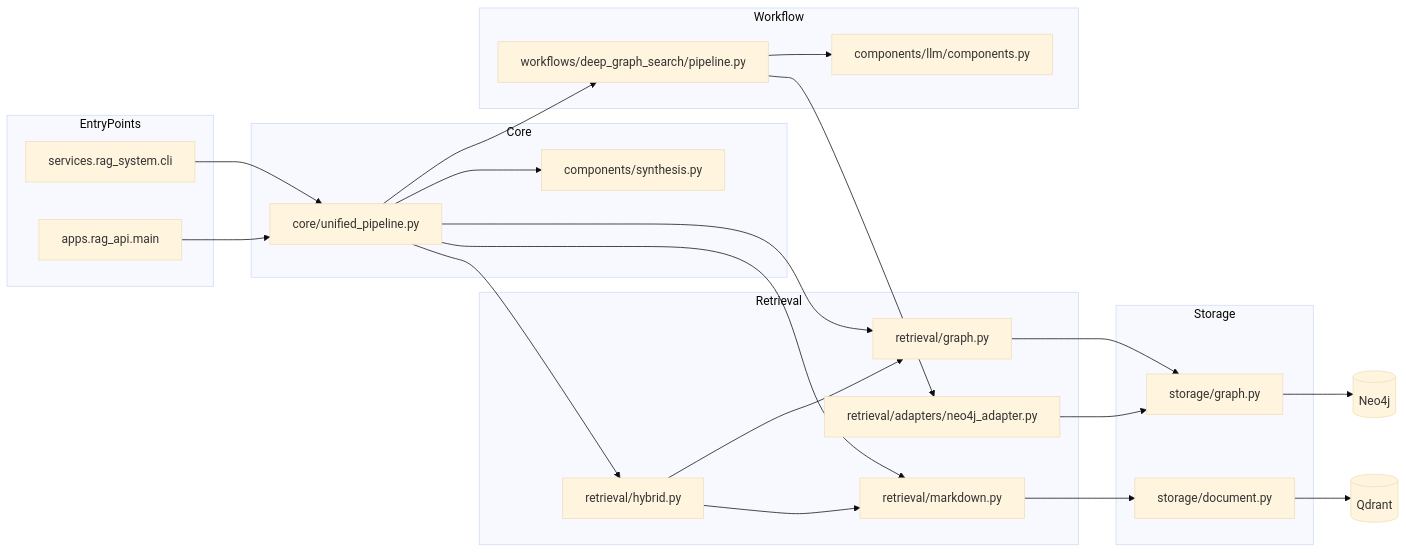
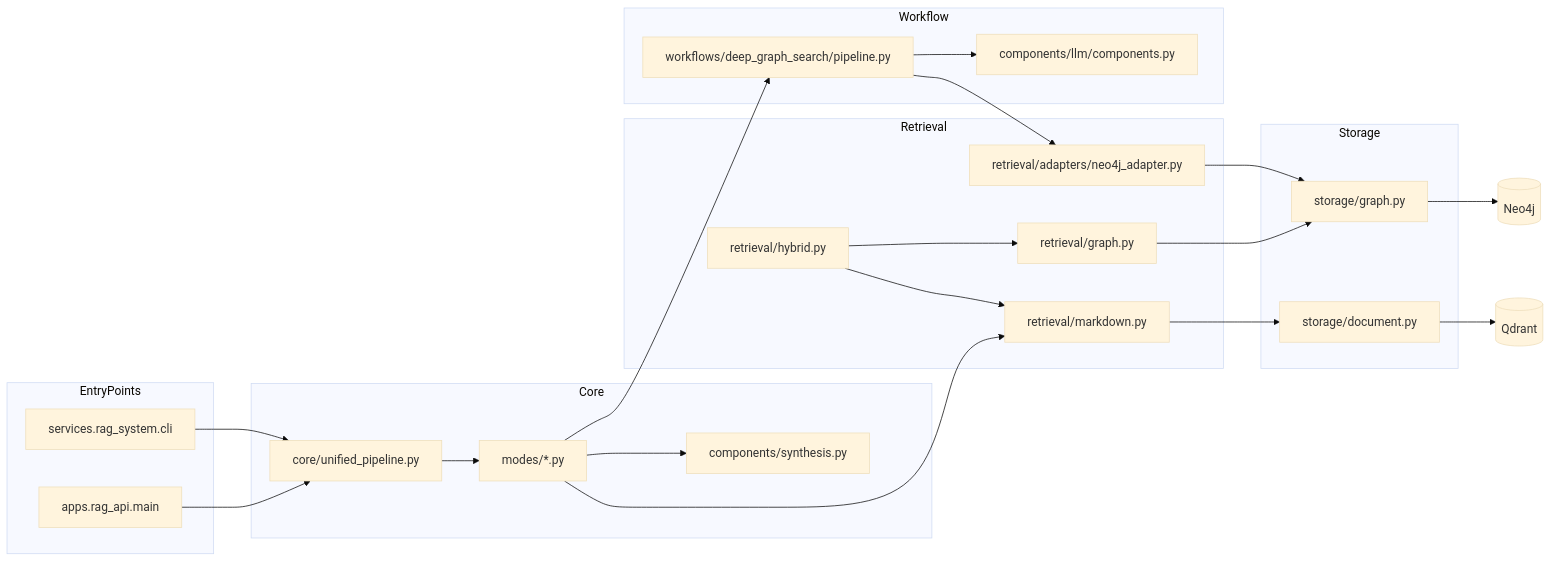
Before and after one commit to quyen20345/KGsAuto: the second of 8 diagrams in services/rag_system/README.md, drawn with Mermaid (base theme). The commit also changed other lines of this file and 9 other files, not shown here.

````diff
--- a/services/rag_system/README.md
+++ b/services/rag_system/README.md
@@ -111,49 +118,49 @@
 ```mermaid
 flowchart LR
     subgraph EntryPoints
         CLI[services.rag_system.cli]
         API[apps.rag_api.main]
     end
 
     subgraph Core
         U[core/unified_pipeline.py]
+        M[modes/*.py]
         S[components/synthesis.py]
     end
 
     subgraph Retrieval
         MR[retrieval/markdown.py]
         GR[retrieval/graph.py]
         HR[retrieval/hybrid.py]
         NA[retrieval/adapters/neo4j_adapter.py]
     end
 
     subgraph Storage
         DS[storage/document.py]
         GS[storage/graph.py]
     end
 
     subgraph Workflow
         WG[workflows/deep_graph_search/pipeline.py]
         LC[components/llm/components.py]
     end
 
     CLI --> U
     API --> U
 
-    U --> MR
-    U --> GR
-    U --> HR
-    U --> S
-    U --> WG
+    U --> M
+    M --> MR
+    M --> S
+    M --> WG
 
     MR --> DS
     GR --> GS
     HR --> MR
     HR --> GR
     WG --> NA
     WG --> LC
     NA --> GS
 
     DS --> Q[(Qdrant)]
     GS --> N[(Neo4j)]
 ```
````
